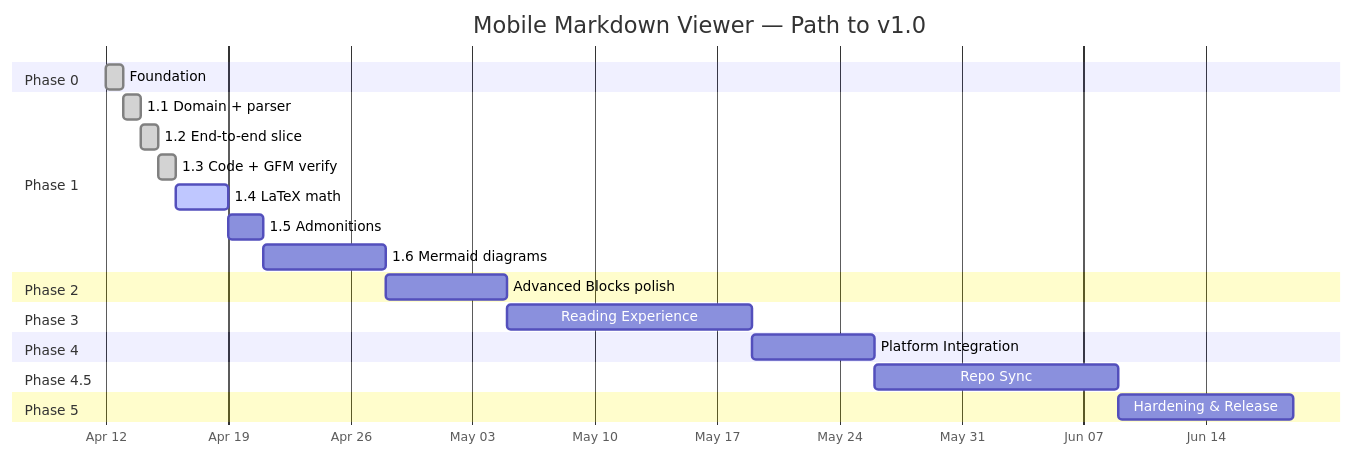
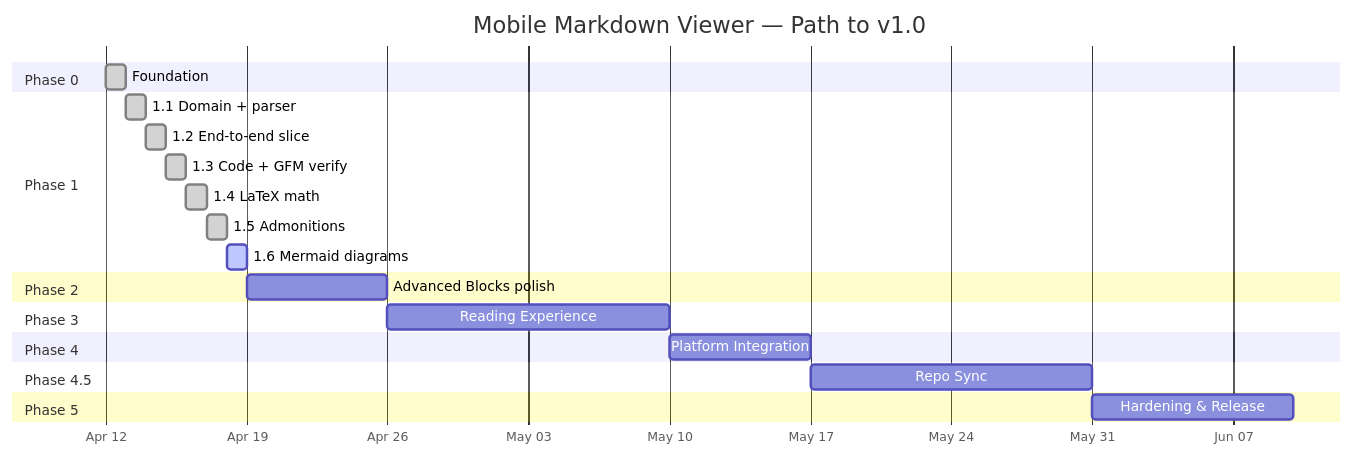
Before and after one commit to cemililik/markdown-viewer-mobile: the diagram in docs/roadmap.md, drawn with Mermaid. The commit also changed other lines of this file, not shown here.

First line of the commit message:
docs(roadmap): catch up Phase 1.4 / 1.5 status and Gantt chart

````diff
--- a/docs/roadmap.md
+++ b/docs/roadmap.md
@@ -8,32 +8,32 @@
 ```mermaid
 gantt
     title Mobile Markdown Viewer — Path to v1.0
     dateFormat  YYYY-MM-DD
     axisFormat  %b %d
 
     section Phase 0
     Foundation               :done, p0, 2026-04-12, 1d
 
     section Phase 1
     1.1 Domain + parser      :done, p11, 2026-04-13, 1d
     1.2 End-to-end slice     :done, p12, after p11, 1d
     1.3 Code + GFM verify    :done, p13, after p12, 1d
-    1.4 LaTeX math           :active, p14, after p13, 3d
-    1.5 Admonitions          :p15, after p14, 2d
-    1.6 Mermaid diagrams     :p16, after p15, 7d
+    1.4 LaTeX math           :done, p14, after p13, 1d
+    1.5 Admonitions          :done, p15, after p14, 1d
+    1.6 Mermaid diagrams     :active, p16, after p15, 1d
 
     section Phase 2
     Advanced Blocks polish   :p2, after p16, 7d
 
     section Phase 3
     Reading Experience       :p3, after p2, 14d
 
     section Phase 4
     Platform Integration     :p4, after p3, 7d
 
     section Phase 4.5
     Repo Sync                :p45, after p4, 14d
 
     section Phase 5
     Hardening & Release      :p5, after p45, 10d
 ```
````
